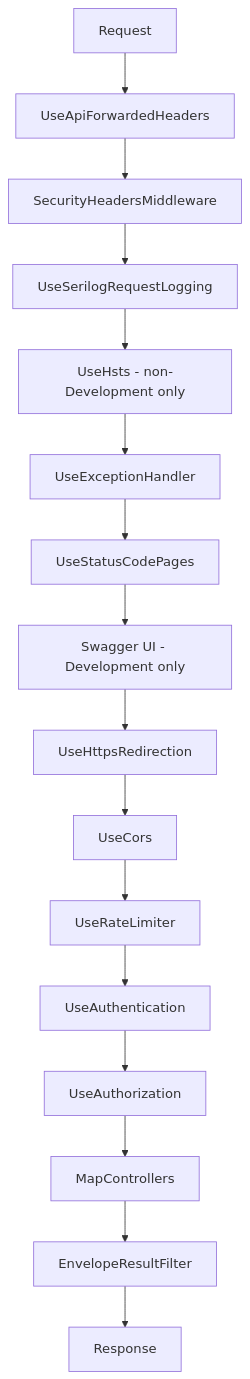
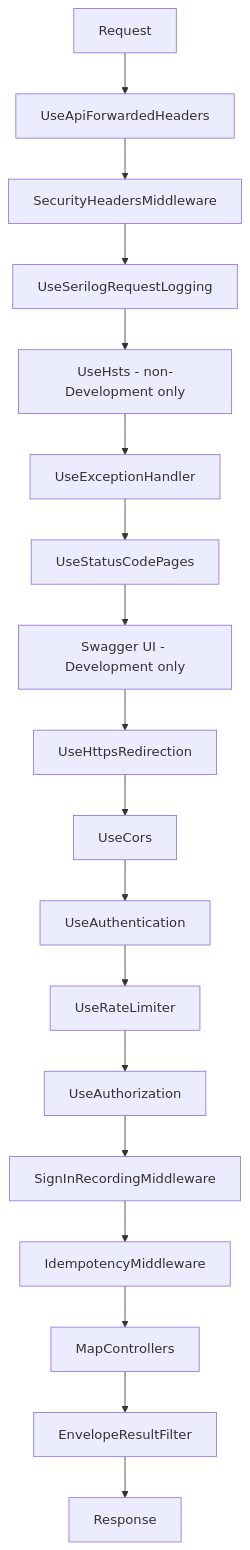
The second of 8 diagrams in docs/architecture.md (Emadkhanqai/aj-boilerplate-be), drawn with Mermaid before and after one commit. The commit also changed other lines of this file and 283 other files, not shown here.

````diff
--- a/docs/architecture.md
+++ b/docs/architecture.md
@@ -607,18 +607,20 @@
 ```mermaid
 flowchart TD
   R["Request"] --> FH["UseApiForwardedHeaders"]
   FH --> SH["SecurityHeadersMiddleware"]
   SH --> LOG["UseSerilogRequestLogging"]
   LOG --> HSTS["UseHsts - non-Development only"]
   HSTS --> EX["UseExceptionHandler"]
   EX --> SCP["UseStatusCodePages"]
   SCP --> SW["Swagger UI - Development only"]
   SW --> HTTPS["UseHttpsRedirection"]
   HTTPS --> CORS["UseCors"]
-  CORS --> RL["UseRateLimiter"]
-  RL --> AUTHN["UseAuthentication"]
-  AUTHN --> AUTHZ["UseAuthorization"]
-  AUTHZ --> MC["MapControllers"]
+  CORS --> AUTHN["UseAuthentication"]
+  AUTHN --> RL["UseRateLimiter"]
+  RL --> AUTHZ["UseAuthorization"]
+  AUTHZ --> SIR["SignInRecordingMiddleware"]
+  SIR --> IDEM["IdempotencyMiddleware"]
+  IDEM --> MC["MapControllers"]
   MC --> EF["EnvelopeResultFilter"]
   EF --> RES["Response"]
 ```
````
